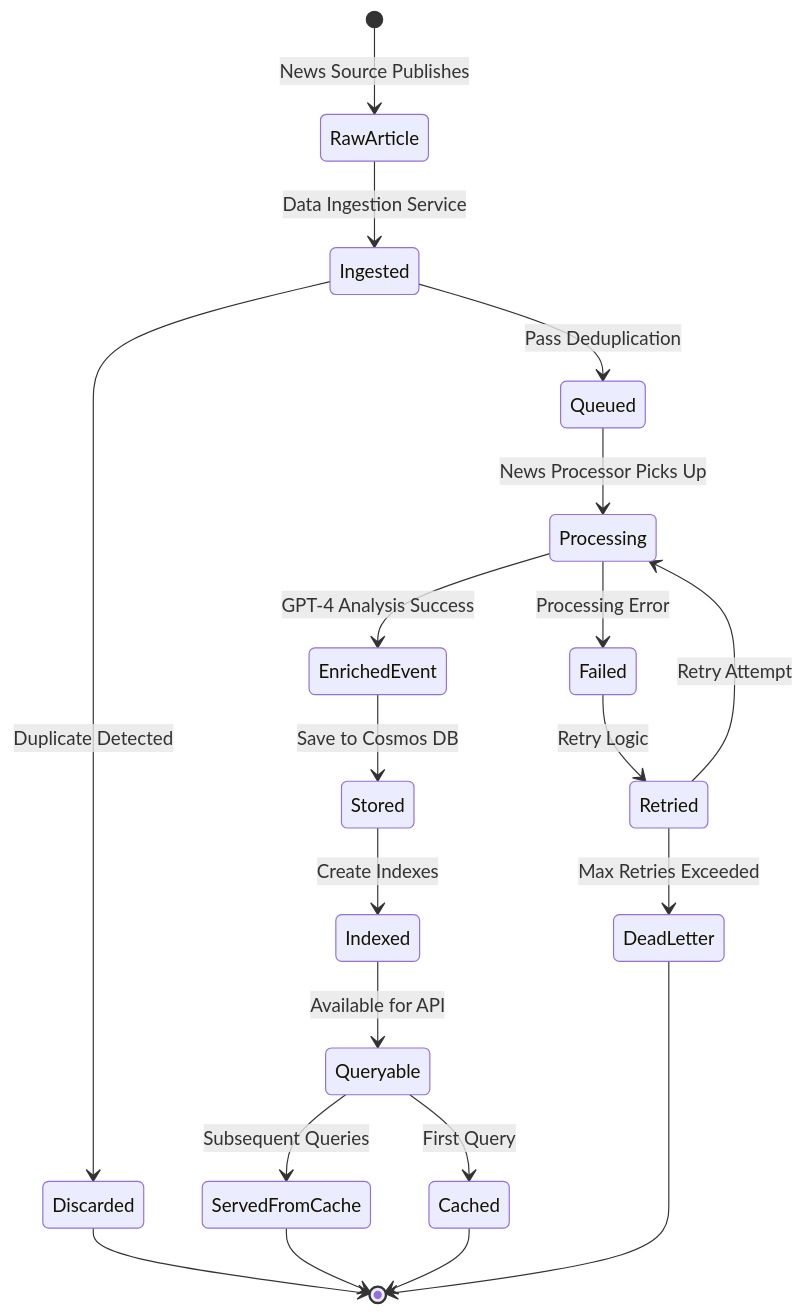
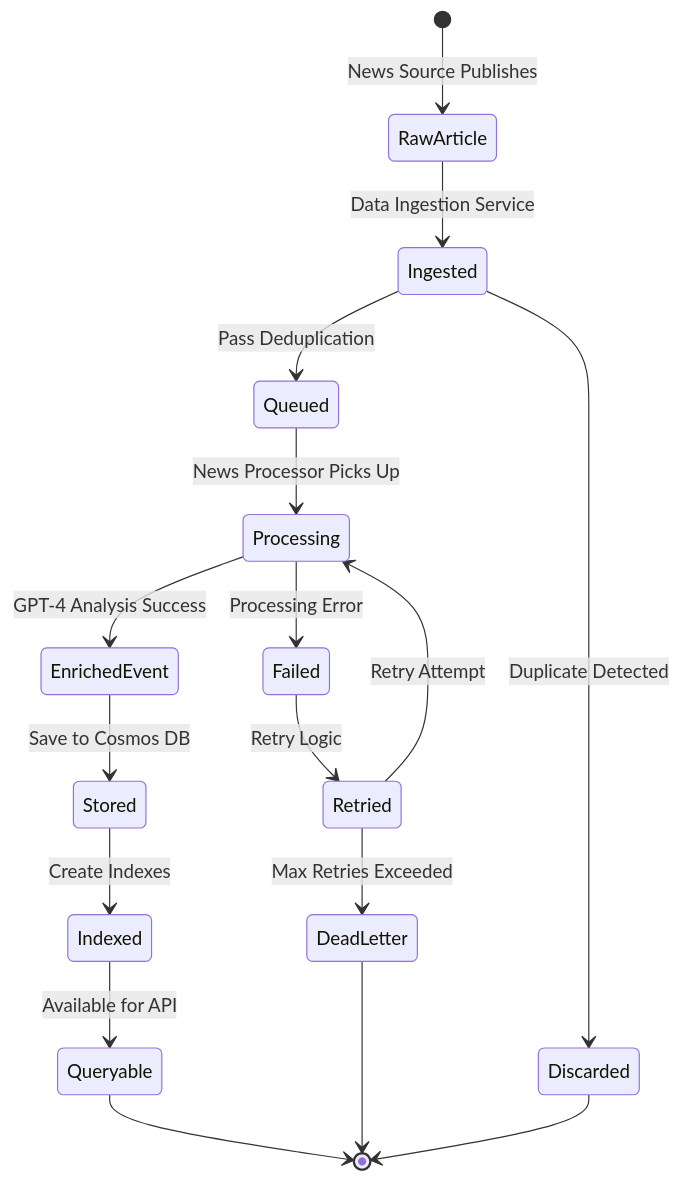
One commit to vladavilov/playground changed the sixth of 6 diagrams in risk-analytics-agent/ai_docs/1_architecture/NewsSentimentService_SystemArchitecture.md. Above: the diagram before and after it, drawn with Mermaid. The commit also changed other lines of this file and 7 other files, not shown here.

Commit message:
Update News Sentiment Service documentation to version 1.2. Revise architecture details, including the integration of GPT-4.1, and enhance component descriptions. Remove outdated C4 DSL and mermaid diagram files for improved clarity and organization.

````diff
--- a/risk-analytics-agent/ai_docs/1_architecture/NewsSentimentService_SystemArchitecture.md
+++ b/risk-analytics-agent/ai_docs/1_architecture/NewsSentimentService_SystemArchitecture.md
@@ -757,32 +397,29 @@
 ```mermaid
 stateDiagram-v2
     [*] --> RawArticle: News Source Publishes
     
     RawArticle --> Ingested: Data Ingestion Service
     
     Ingested --> Queued: Pass Deduplication
     Ingested --> Discarded: Duplicate Detected
     
     Queued --> Processing: News Processor Picks Up
     
     Processing --> EnrichedEvent: GPT-4 Analysis Success
     Processing --> Failed: Processing Error
     
     EnrichedEvent --> Stored: Save to Cosmos DB
     
     Stored --> Indexed: Create Indexes
     
     Indexed --> Queryable: Available for API
     
-    Queryable --> Cached: First Query
-    Queryable --> ServedFromCache: Subsequent Queries
+    Queryable --> [*]
     
     Failed --> Retried: Retry Logic
     Retried --> Processing: Retry Attempt
     Retried --> DeadLetter: Max Retries Exceeded
     
     Discarded --> [*]
-    ServedFromCache --> [*]
-    Cached --> [*]
     DeadLetter --> [*]
 ```
````
